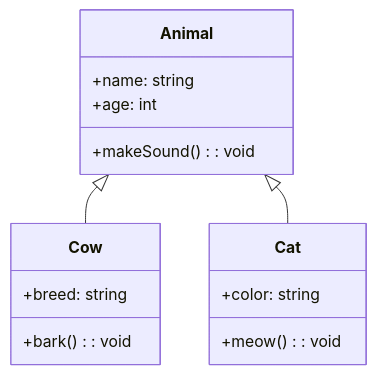
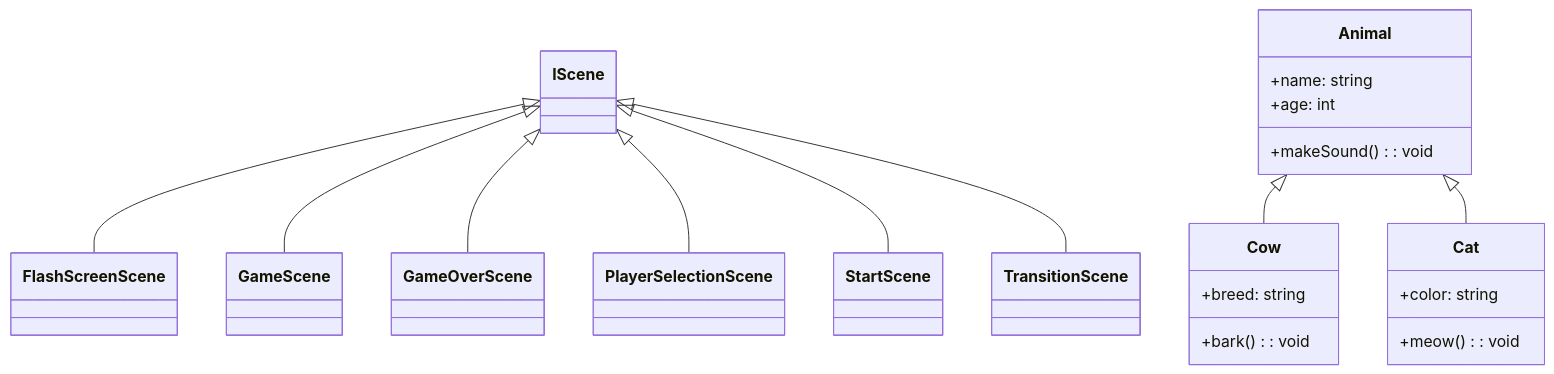
The diagram in README.md (Spoingus/TroublesomeTanks_CDP), drawn with Mermaid before and after one commit.

````diff
--- a/README.md
+++ b/README.md
@@ -1,22 +1,28 @@
 ```mermaid
 classDiagram
+    IScene <|-- FlashScreenScene
+    IScene <|-- GameScene
+    IScene <|-- GameOverScene
+    IScene <|-- PlayerSelectionScene
+    IScene <|-- StartScene
+    IScene <|-- TransitionScene
     class Animal {
         +name: string
         +age: int
         +makeSound(): void
     }
 
     class Cow {
         +breed: string
         +bark(): void
     }
 
     class Cat {
         +color: string
         +meow(): void
     }
 
     Animal <|-- Cow
     Animal <|-- Cat
 
 ```
````
